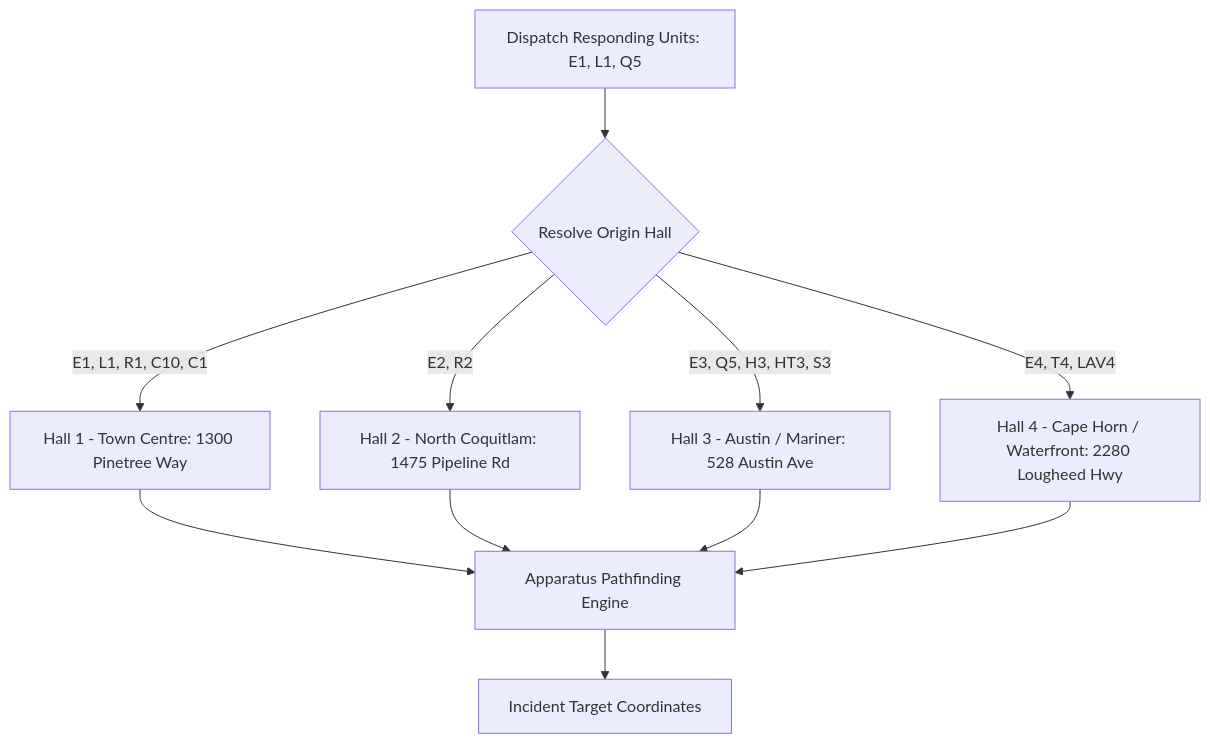
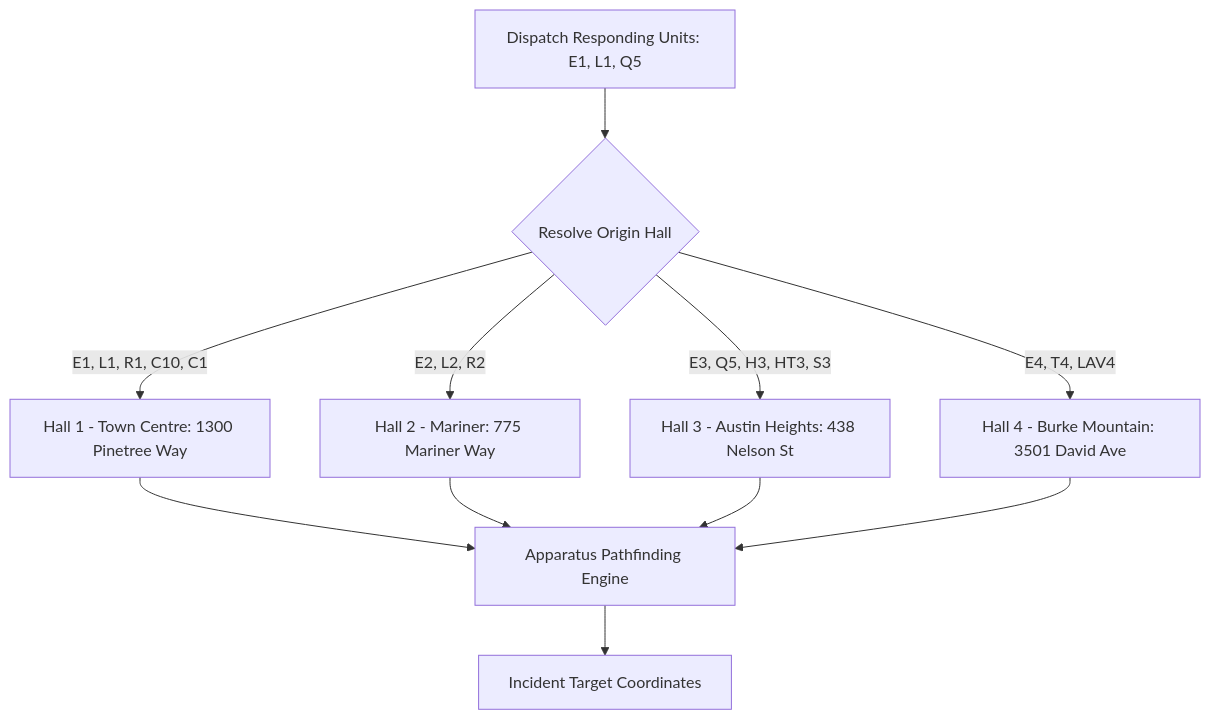
The first of 2 diagrams in .claude/skills/emergency-routing-engine/SKILL.md (cwoodworth89/CFR-EVO-APP), drawn with Mermaid before and after one commit. The commit also changed other lines of this file and 3 other files, not shown here.

````diff
--- a/.claude/skills/emergency-routing-engine/SKILL.md
+++ b/.claude/skills/emergency-routing-engine/SKILL.md
@@ -16,15 +16,15 @@
 ```mermaid
 flowchart TD
     A[Dispatch Responding Units: E1, L1, Q5] --> B{Resolve Origin Hall}
     B -->|E1, L1, R1, C10, C1| H1[Hall 1 - Town Centre: 1300 Pinetree Way]
-    B -->|E2, R2| H2[Hall 2 - North Coquitlam: 1475 Pipeline Rd]
-    B -->|E3, Q5, H3, HT3, S3| H3[Hall 3 - Austin / Mariner: 528 Austin Ave]
-    B -->|E4, T4, LAV4| H4[Hall 4 - Cape Horn / Waterfront: 2280 Lougheed Hwy]
+    B -->|E2, L2, R2| H2[Hall 2 - Mariner: 775 Mariner Way]
+    B -->|E3, Q5, H3, HT3, S3| H3[Hall 3 - Austin Heights: 438 Nelson St]
+    B -->|E4, T4, LAV4| H4[Hall 4 - Burke Mountain: 3501 David Ave]
     
     H1 --> C[Apparatus Pathfinding Engine]
     H2 --> C
     H3 --> C
     H4 --> C
     
     C --> D[Incident Target Coordinates]
 ```
````
